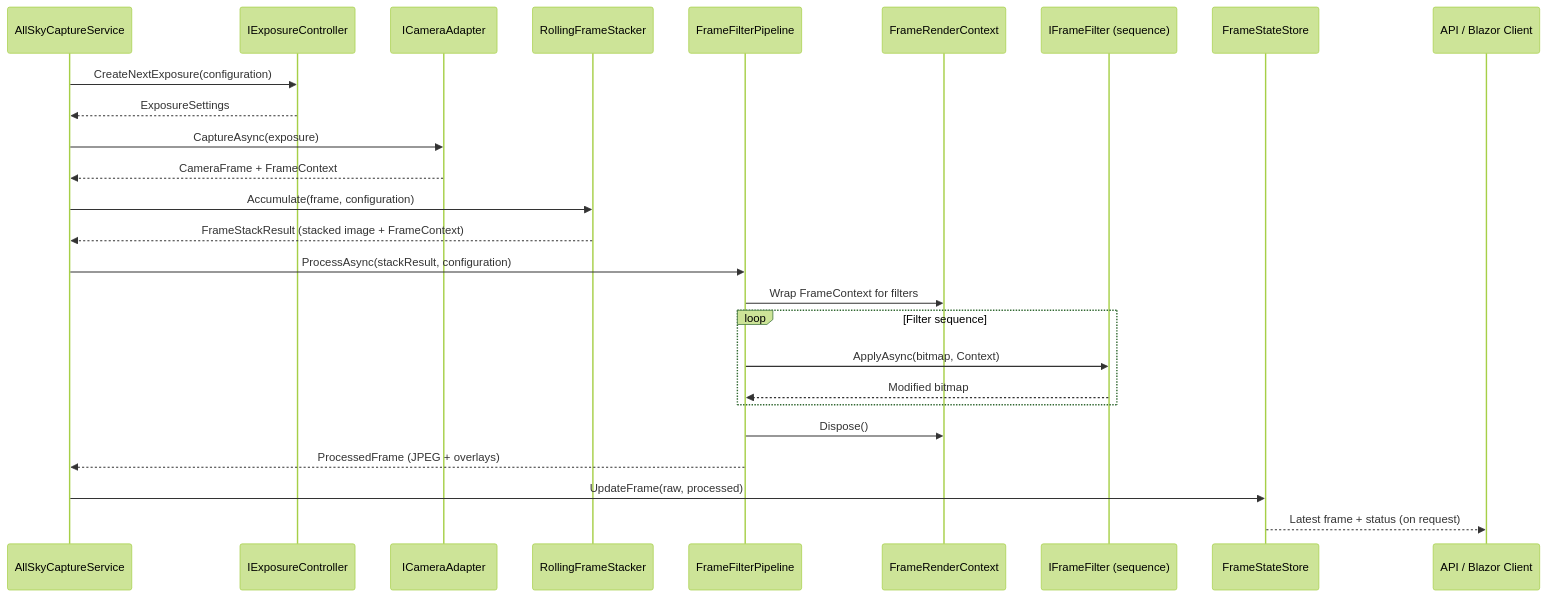
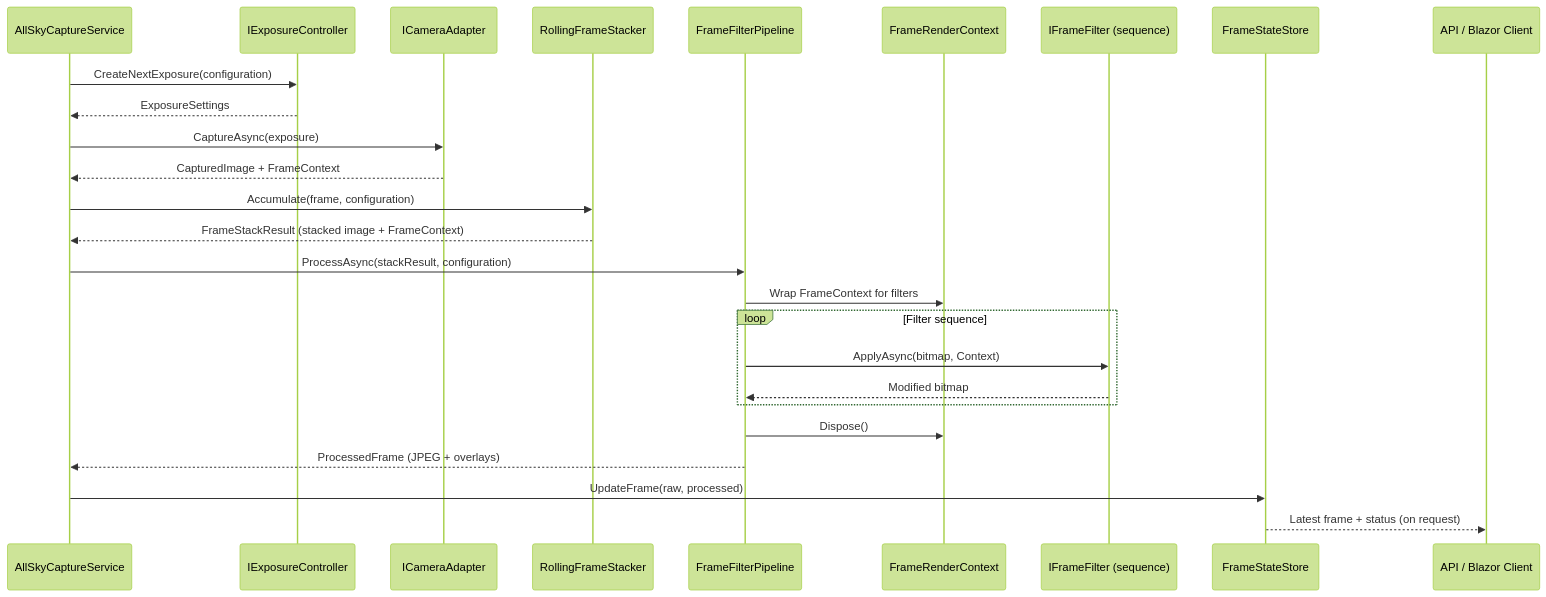
The first of 2 diagrams in src/HVO.SkyMonitorV5.RPi/README.md (RoySalisbury/HVOv9), drawn with Mermaid (forest theme) before and after one commit. The commit also changed 5 other files, not shown here.

````diff
--- a/src/HVO.SkyMonitorV5.RPi/README.md
+++ b/src/HVO.SkyMonitorV5.RPi/README.md
@@ -268,29 +268,29 @@
 ```mermaid
 sequenceDiagram
   participant Scheduler as AllSkyCaptureService
   participant Exposure as IExposureController
   participant Camera as ICameraAdapter
   participant Stacker as RollingFrameStacker
   participant Pipeline as FrameFilterPipeline
   participant Context as FrameRenderContext
   participant Filter as IFrameFilter (sequence)
   participant Store as FrameStateStore
   participant ApiUi as API / Blazor Client
 
   Scheduler->>Exposure: CreateNextExposure(configuration)
   Exposure-->>Scheduler: ExposureSettings
   Scheduler->>Camera: CaptureAsync(exposure)
-  Camera-->>Scheduler: CameraFrame + FrameContext
+  Camera-->>Scheduler: CapturedImage + FrameContext
   Scheduler->>Stacker: Accumulate(frame, configuration)
   Stacker-->>Scheduler: FrameStackResult (stacked image + FrameContext)
   Scheduler->>Pipeline: ProcessAsync(stackResult, configuration)
   Pipeline->>Context: Wrap FrameContext for filters
   loop Filter sequence
     Pipeline->>Filter: ApplyAsync(bitmap, Context)
     Filter-->>Pipeline: Modified bitmap
   end
   Pipeline->>Context: Dispose()
   Pipeline-->>Scheduler: ProcessedFrame (JPEG + overlays)
   Scheduler->>Store: UpdateFrame(raw, processed)
   Store-->>ApiUi: Latest frame + status (on request)
 ```
````
